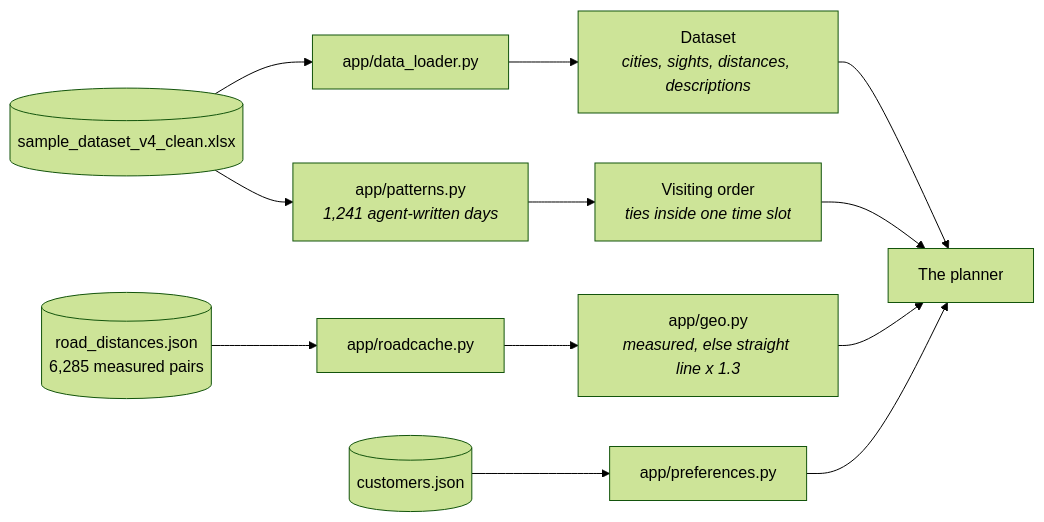
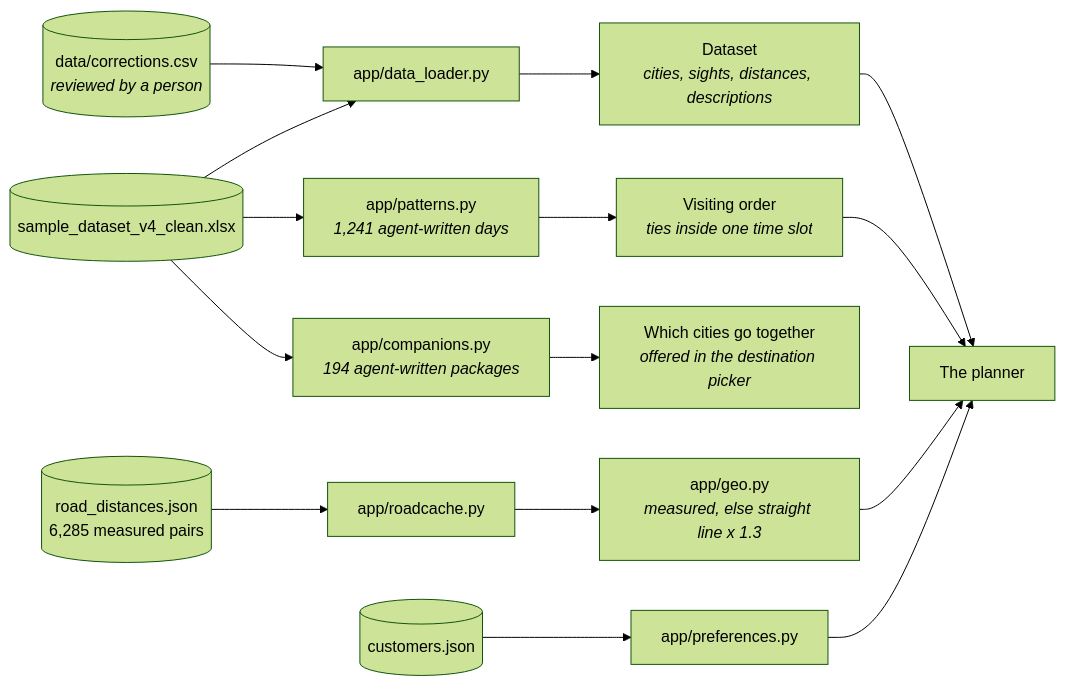
Before and after one commit to AshISgreaT1/itinerary-builder: the third of 4 diagrams in itinerary_engine/docs/workflow.md, drawn with Mermaid (forest theme). The commit also changed other lines of this file and 21 other files, not shown here.

````diff
--- a/itinerary_engine/docs/workflow.md
+++ b/itinerary_engine/docs/workflow.md
@@ -62,18 +64,22 @@
 ```mermaid
 flowchart LR
     XL[("sample_dataset_v4_clean.xlsx")] --> LOADER["app/data_loader.py"]
+    FIX[("data/corrections.csv<br/><i>reviewed by a person</i>")] --> LOADER
     LOADER --> DS["Dataset<br/><i>cities, sights, distances, descriptions</i>"]
 
     XL --> PAT["app/patterns.py<br/><i>1,241 agent-written days</i>"]
     PAT --> ORDER["Visiting order<br/><i>ties inside one time slot</i>"]
+
+    XL --> COMP["app/companions.py<br/><i>194 agent-written packages</i>"]
+    COMP --> PICK["Which cities go together<br/><i>offered in the destination picker</i>"]
 
     OSRM[("road_distances.json<br/>6,285 measured pairs")] --> RC["app/roadcache.py"]
     RC --> GEO["app/geo.py<br/><i>measured, else straight line x 1.3</i>"]
 
     CUST[("customers.json")] --> PREFS["app/preferences.py"]
 
     DS --> PLAN["The planner"]
     ORDER --> PLAN
     GEO --> PLAN
     PREFS --> PLAN
 ```
````
